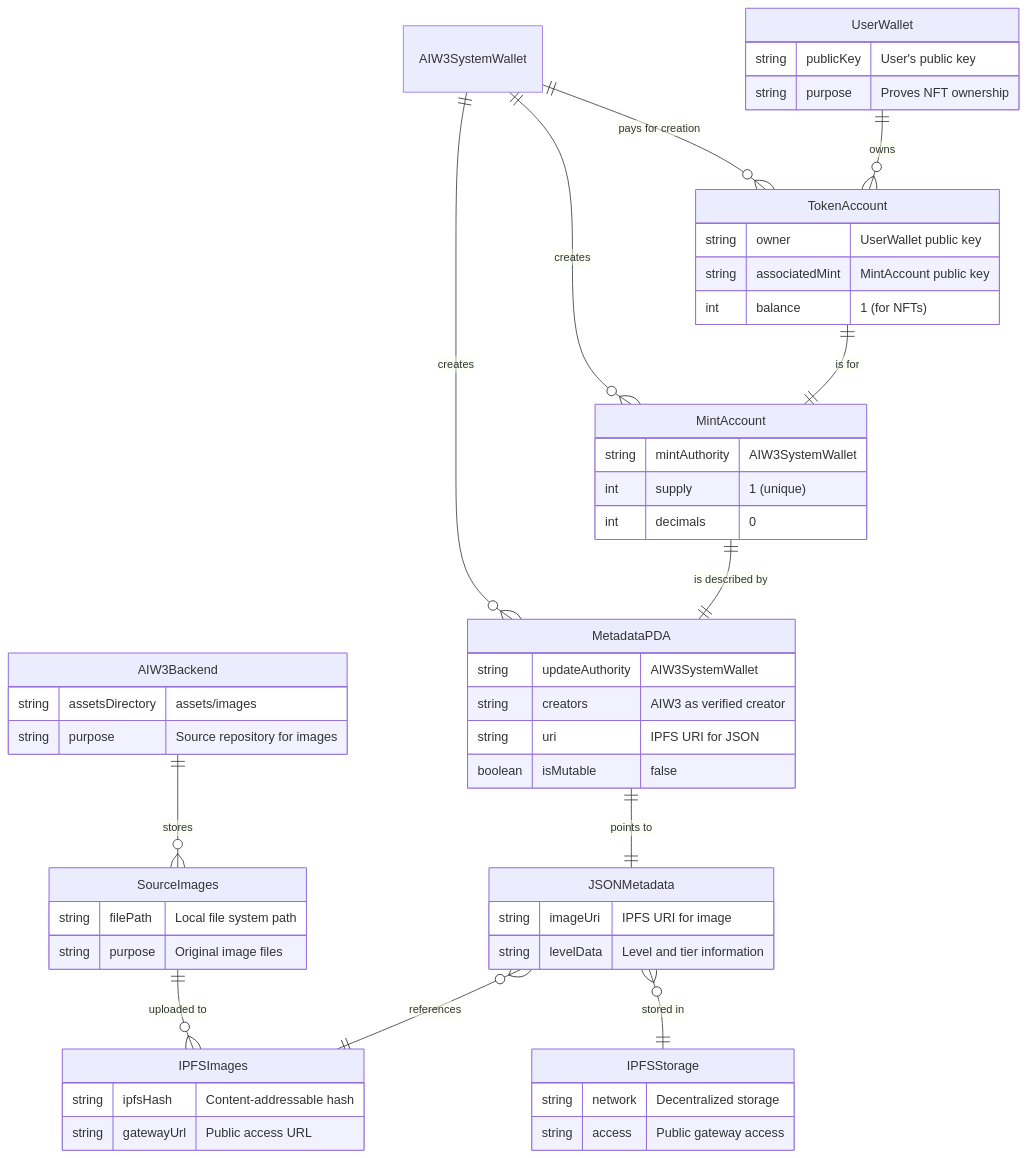
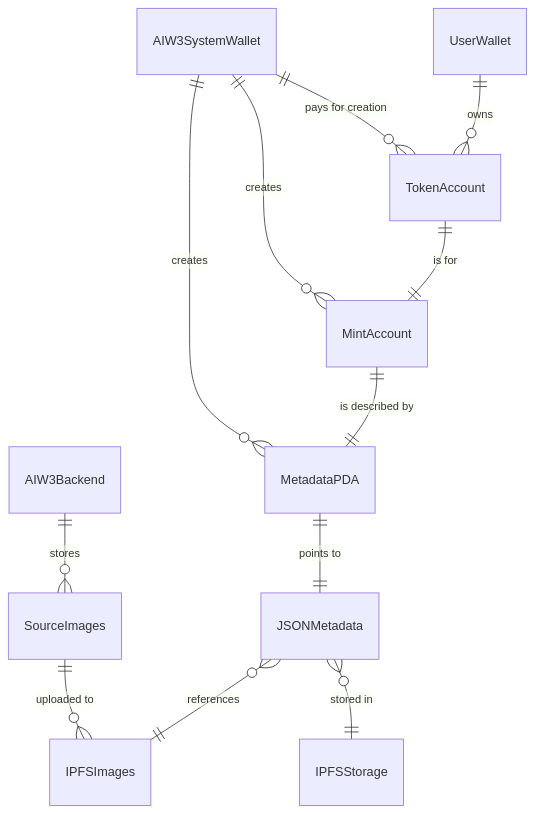
Before and after one commit to ljg-cqu/aiw3-nft-solana: the first of 3 diagrams in docs/AIW3-NFT-System-Design.md, drawn with Mermaid. The commit also changed other lines of this file and 3 other files, not shown here.

First line of the commit message:
Adds NFT system design documentation

````diff
--- a/docs/AIW3-NFT-System-Design.md
+++ b/docs/AIW3-NFT-System-Design.md
@@ -176,63 +77,14 @@
 ```mermaid
 erDiagram
     AIW3SystemWallet ||--o{ MintAccount : "creates"
     AIW3SystemWallet ||--o{ TokenAccount : "pays for creation"
     AIW3SystemWallet ||--o{ MetadataPDA : "creates"
     AIW3Backend ||--o{ SourceImages : "stores"
     SourceImages ||--o{ IPFSImages : "uploaded to"
     UserWallet ||--o{ TokenAccount : "owns"
     TokenAccount ||--|| MintAccount : "is for"
     MintAccount ||--|| MetadataPDA : "is described by"
     MetadataPDA ||--|| JSONMetadata : "points to"
     JSONMetadata }o--|| IPFSImages : "references"
     JSONMetadata }o--|| IPFSStorage : "stored in"
-
-    AIW3Backend {
-        string assetsDirectory "assets/images"
-        string purpose "Source repository for images"
-    }
-    
-    SourceImages {
-        string filePath "Local file system path"
-        string purpose "Original image files"
-    }
-    
-    IPFSImages {
-        string ipfsHash "Content-addressable hash"
-        string gatewayUrl "Public access URL"
-    }
-    
-    UserWallet {
-        string publicKey "User's public key"
-        string purpose "Proves NFT ownership"
-    }
-    
-    TokenAccount {
-        string owner "UserWallet public key"
-        string associatedMint "MintAccount public key"
-        int balance "1 (for NFTs)"
-    }
-    
-    MintAccount {
-        string mintAuthority "AIW3SystemWallet"
-        int supply "1 (unique)"
-        int decimals "0"
-    }
-    
-    MetadataPDA {
-        string updateAuthority "AIW3SystemWallet"
-        string creators "AIW3 as verified creator"
-        string uri "IPFS URI for JSON"
-        boolean isMutable "false"
-    }
-    
-    JSONMetadata {
-        string imageUri "IPFS URI for image"
-        string levelData "Level and tier information"
-    }
-    
-    IPFSStorage {
-        string network "Decentralized storage"
-        string access "Public gateway access"
-    }
 ```
````
